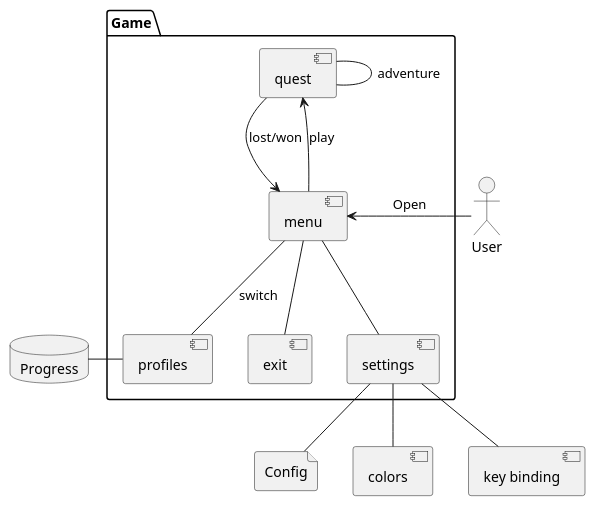
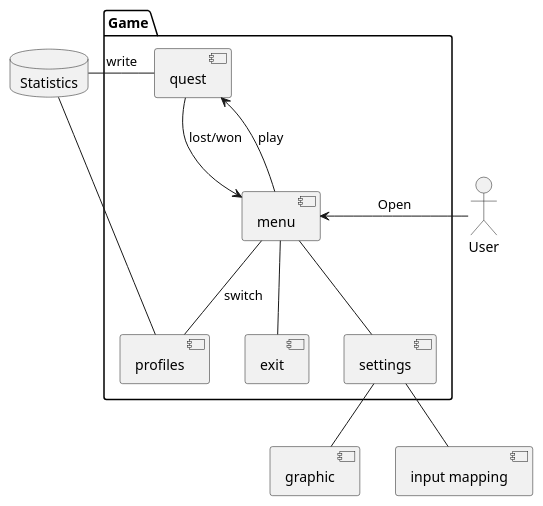
One commit to AntoninoRando/Grid-Quest changed the diagram in src/doc/architectural-diagram.wsd. Above: the diagram before and after it, drawn with PlantUML. The commit also changed 8 other files, not shown here.

Commit message:
refactor: Update software diagrams

```diff
--- a/src/doc/architectural-diagram.wsd
+++ b/src/doc/architectural-diagram.wsd
@@ -1,32 +1,30 @@
 @startuml architecture
 
-database Progress
-file Config
+database Statistics
 
 package "Game" {
     [menu]
     [quest]
     [exit]
     [settings]
     [profiles]
 }
 
 [menu] -down-> [quest] : play
 [menu] -down- [exit]
 [menu] -down- [settings]
 [menu] -down- [profiles] : switch
 
-[settings] -- [colors]
-[settings] -- [key binding]
-[settings] -- Config
+[settings] -- [graphic]
+[settings] -- [input mapping]
 
-[quest] - [quest] : adventure
 [quest] -> [menu] : lost/won
 
-[profiles] -left- Progress
+[profiles] -left- Statistics
+[quest]    -left- Statistics : write
 
 Actor User
 
 User -right-> [menu] : Open
 
 @enduml
```
